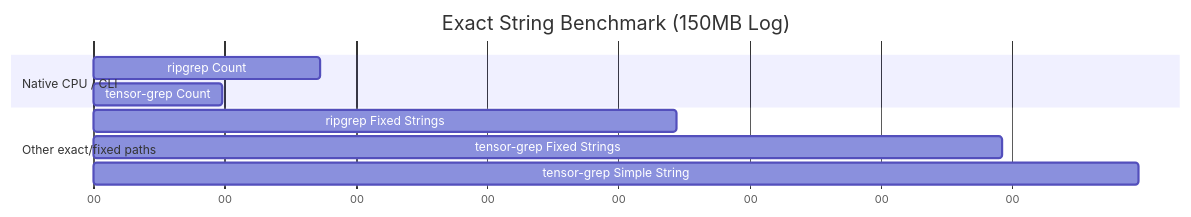
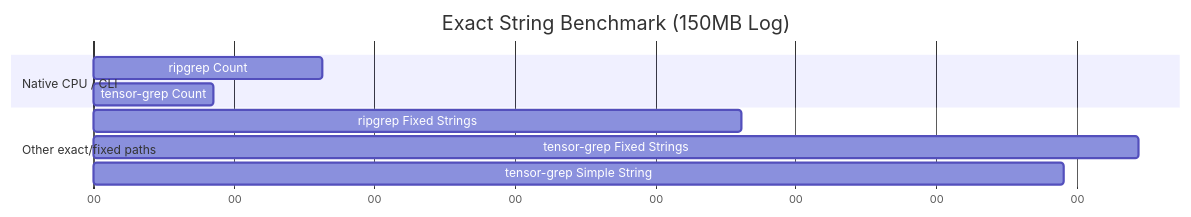
Before and after one commit to oimiragieo/tensor-grep: the third of 3 diagrams in docs/PAPER.md, drawn with Mermaid. The commit also changed other lines of this file and 1 other file, not shown here.

````diff
--- a/docs/PAPER.md
+++ b/docs/PAPER.md
@@ -127,15 +127,15 @@
 ```mermaid
 gantt
     title Exact String Benchmark (150MB Log)
     dateFormat  s
     axisFormat %S
     
     section Native CPU / CLI
-    ripgrep Count              :a1, 0, 0.173s
-    tensor-grep Count          :a2, 0, 0.098s
+    ripgrep Count              :a1, 0, 0.163s
+    tensor-grep Count          :a2, 0, 0.085s
     
     section Other exact/fixed paths
-    ripgrep Fixed Strings      :a3, 0, 0.444s
-    tensor-grep Fixed Strings  :a4, 0, 0.692s
-    tensor-grep Simple String  :a5, 0, 0.796s
+    ripgrep Fixed Strings      :a3, 0, 0.461s
+    tensor-grep Fixed Strings  :a4, 0, 0.744s
+    tensor-grep Simple String  :a5, 0, 0.691s
 ```
````
